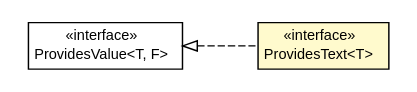
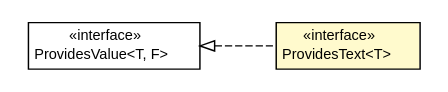
One commit to growbit/turbogwt-core changed the diagram in javadoc/apidocs/org/turbogwt/core/util/shared/ProvidesText.dot. Above: the diagram before and after it, drawn with Graphviz. The commit also changed 235 other files, not shown here.

```diff
--- a/javadoc/apidocs/org/turbogwt/core/util/shared/ProvidesText.dot
+++ b/javadoc/apidocs/org/turbogwt/core/util/shared/ProvidesText.dot
@@ -1,29 +1,29 @@
 #!/usr/local/bin/dot
 #
 # Class diagram 
 # Generated by UMLGraph version R5_6-24-gf6e263 (http://www.umlgraph.org/)
 #
 
 digraph G {
-	edge [fontname="arial",fontsize=10,labelfontname="arial",labelfontsize=10];
-	node [fontname="arial",fontsize=10,shape=plaintext];
+	edge [fontname="Helvetica",fontsize=10,labelfontname="Helvetica",labelfontsize=10];
+	node [fontname="Helvetica",fontsize=10,shape=plaintext];
 	nodesep=0.25;
 	ranksep=0.5;
 	rankdir=LR;
 	// org.turbogwt.core.util.shared.ProvidesValue<T, F>
-	c1237 [label=<<table title="org.turbogwt.core.util.shared.ProvidesValue" border="0" cellborder="1" cellspacing="0" cellpadding="2" port="p" href="./ProvidesValue.html">
+	c1309 [label=<<table title="org.turbogwt.core.util.shared.ProvidesValue" border="0" cellborder="1" cellspacing="0" cellpadding="2" port="p" href="./ProvidesValue.html">
 		<tr><td><table border="0" cellspacing="0" cellpadding="1">
 <tr><td align="center" balign="center"> &#171;interface&#187; </td></tr>
 <tr><td align="center" balign="center"> ProvidesValue&lt;T, F&gt; </td></tr>
 		</table></td></tr>
-		</table>>, URL="./ProvidesValue.html", fontname="arial", fontcolor="black", fontsize=10.0];
+		</table>>, URL="./ProvidesValue.html", fontname="Helvetica", fontcolor="black", fontsize=10.0];
 	// org.turbogwt.core.util.shared.ProvidesText<T>
-	c1238 [label=<<table title="org.turbogwt.core.util.shared.ProvidesText" border="0" cellborder="1" cellspacing="0" cellpadding="2" port="p" bgcolor="lemonChiffon" href="./ProvidesText.html">
+	c1310 [label=<<table title="org.turbogwt.core.util.shared.ProvidesText" border="0" cellborder="1" cellspacing="0" cellpadding="2" port="p" bgcolor="lemonChiffon" href="./ProvidesText.html">
 		<tr><td><table border="0" cellspacing="0" cellpadding="1">
 <tr><td align="center" balign="center"> &#171;interface&#187; </td></tr>
 <tr><td align="center" balign="center"> ProvidesText&lt;T&gt; </td></tr>
 		</table></td></tr>
-		</table>>, URL="./ProvidesText.html", fontname="arial", fontcolor="black", fontsize=10.0];
+		</table>>, URL="./ProvidesText.html", fontname="Helvetica", fontcolor="black", fontsize=10.0];
 	//org.turbogwt.core.util.shared.ProvidesText<T> implements org.turbogwt.core.util.shared.ProvidesValue<T, F>
-	c1237:p -> c1238:p [dir=back,arrowtail=empty,style=dashed];
+	c1309:p -> c1310:p [dir=back,arrowtail=empty,style=dashed];
 }
```
